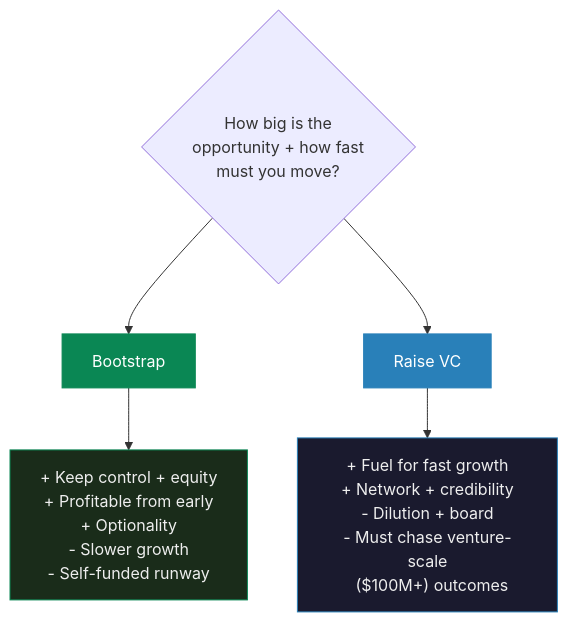
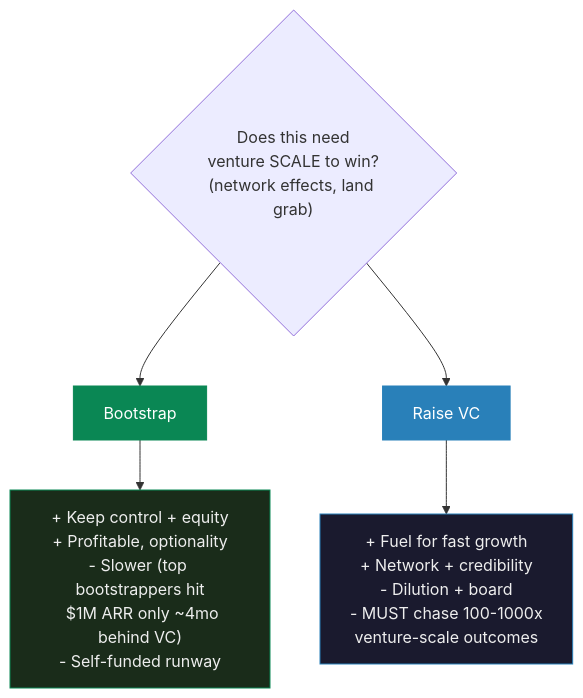
Before and after one commit to Cyvid7-Darus10/peak-self: the ninth of 9 diagrams in business/startup-playbook.md, drawn with Mermaid. The commit also changed other lines of this file and 2 other files, not shown here.

````diff
--- a/business/startup-playbook.md
+++ b/business/startup-playbook.md
@@ -159,11 +305,11 @@
 ```mermaid
 flowchart TD
-    A{"How big is the<br/>opportunity + how fast<br/>must you move?"} --> B["Bootstrap"]
+    A{"Does this need<br/>venture SCALE to win?<br/>(network effects, land grab)"} --> B["Bootstrap"]
     A --> C["Raise VC"]
-    B --> B1["+ Keep control + equity<br/>+ Profitable from early<br/>+ Optionality<br/>- Slower growth<br/>- Self-funded runway"]
-    C --> C1["+ Fuel for fast growth<br/>+ Network + credibility<br/>- Dilution + board<br/>- Must chase venture-scale<br/>  ($100M+) outcomes"]
+    B --> B1["+ Keep control + equity<br/>+ Profitable, optionality<br/>- Slower (top bootstrappers hit<br/>  $1M ARR only ~4mo behind VC)<br/>- Self-funded runway"]
+    C --> C1["+ Fuel for fast growth<br/>+ Network + credibility<br/>- Dilution + board<br/>- MUST chase 100-1000x<br/>  venture-scale outcomes"]
     style B fill:#0a8754,stroke:#0a8754,color:#fff
     style C fill:#2980b9,stroke:#2980b9,color:#fff
     style B1 fill:#1a2c1a,stroke:#0a8754,color:#eee
     style C1 fill:#1a1a2e,stroke:#2980b9,color:#eee
 ```
````
